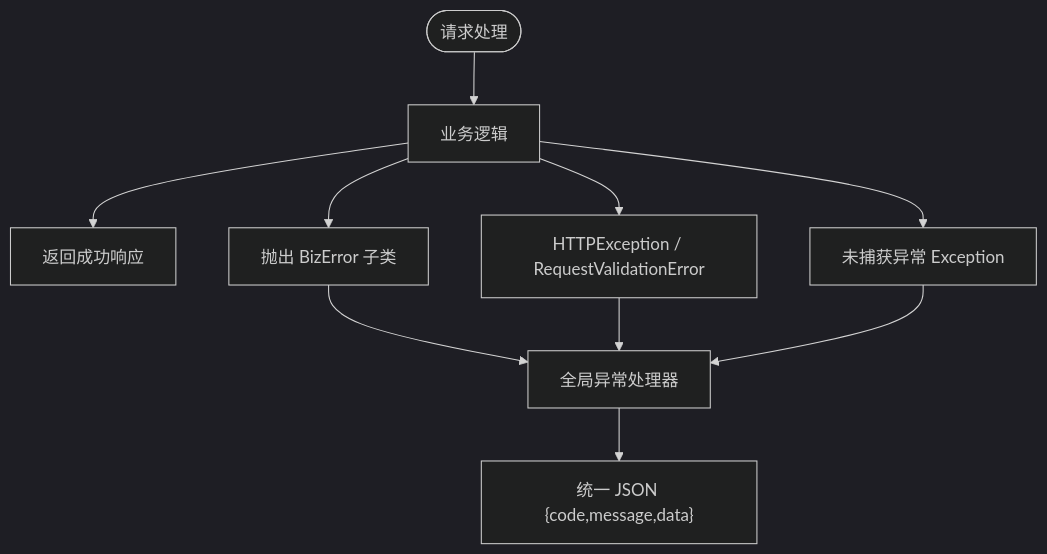
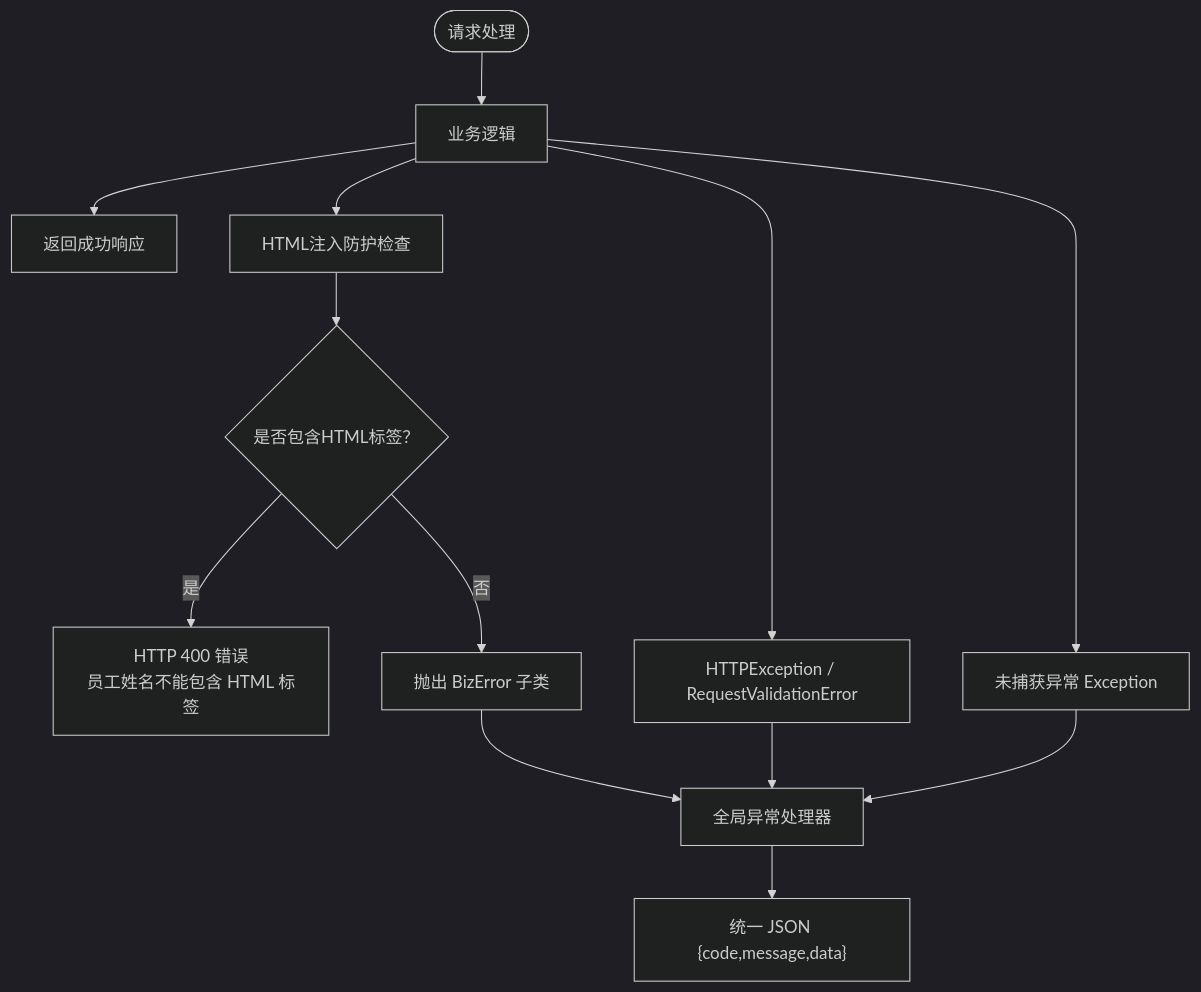
Before and after one commit to xgd561/performance_evaluation_system: the sixth of 8 diagrams in .qoder/repowiki/zh/content/系统架构/安全架构设计/安全防护措施.md, drawn with Mermaid (dark theme). The commit also changed other lines of this file and 136 other files, not shown here.

````diff
--- a/.qoder/repowiki/zh/content/系统架构/安全架构设计/安全防护措施.md
+++ b/.qoder/repowiki/zh/content/系统架构/安全架构设计/安全防护措施.md
@@ -249,12 +317,15 @@
 ```mermaid
 flowchart TD
 Entry(["请求处理"]) --> TryBlock["业务逻辑"]
 TryBlock --> Success["返回成功响应"]
-TryBlock --> BizErr["抛出 BizError 子类"]
+TryBlock --> HTMLCheck["HTML注入防护检查"]
+HTMLCheck --> HTMLValid{"是否包含HTML标签？"}
+HTMLValid --> |是| HTMLErr["HTTP 400 错误<br/>员工姓名不能包含 HTML 标签"]
+HTMLValid --> |否| BizErr["抛出 BizError 子类"]
 BizErr --> Handler["全局异常处理器"]
 Handler --> Resp["统一 JSON {code,message,data}"]
 TryBlock --> HttpErr["HTTPException / RequestValidationError"]
 HttpErr --> Handler
 TryBlock --> GenErr["未捕获异常 Exception"]
 GenErr --> Handler
 ```
````
